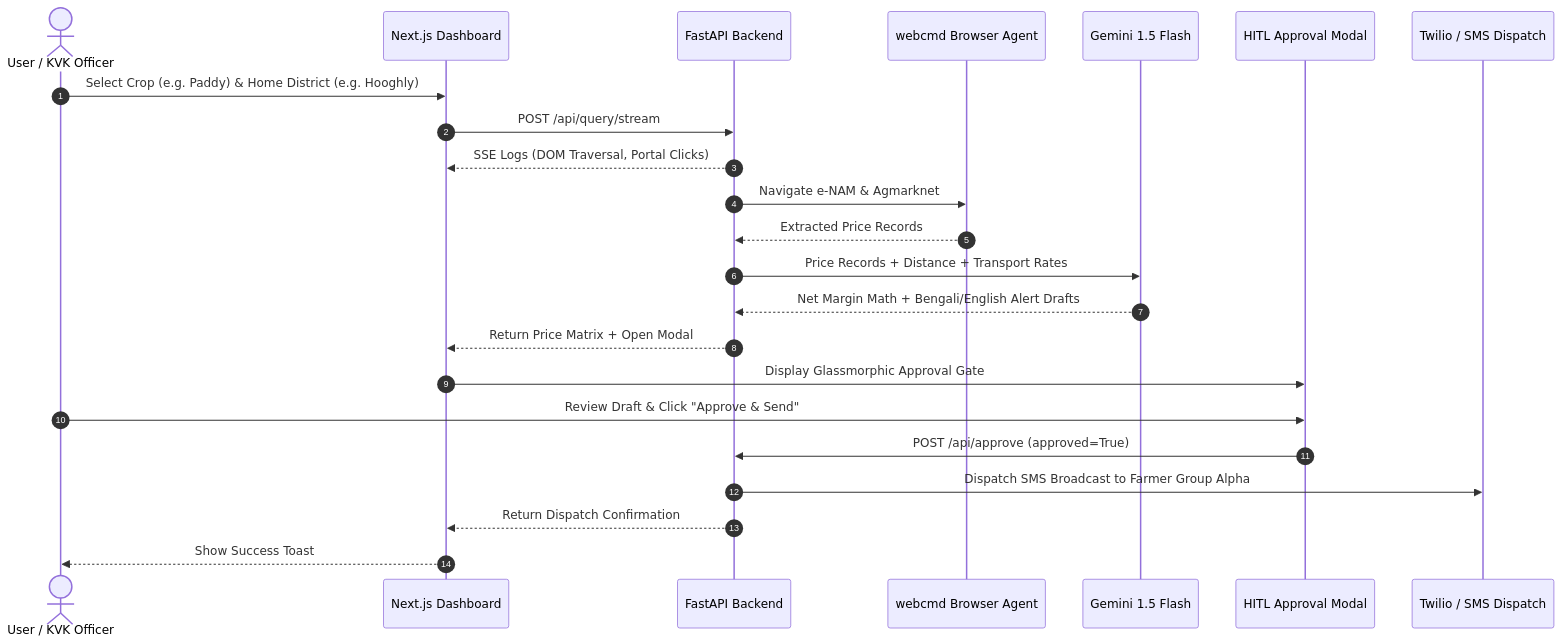
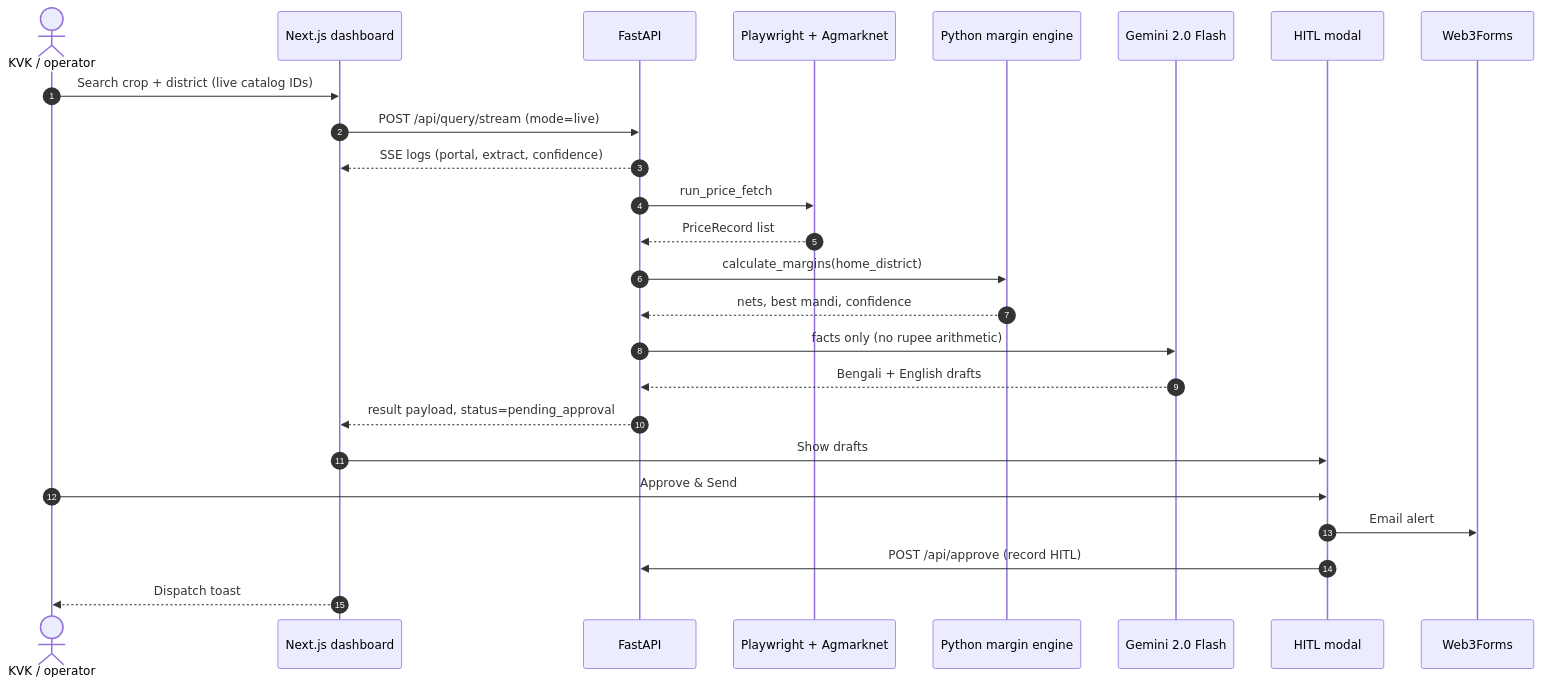
Before and after one commit to Sayim07/MundiPulse_AI: the second of 2 diagrams in README.md, drawn with Mermaid. The commit also changed other lines of this file and 10 other files, not shown here.

Commit message:
refactor: rename MandiPulse to KrishiDrishti across the codebase, updating UI elements, backend logs, and documentation to reflect the new branding. Enhance README with clearer problem statement and system capabilities.

````diff
--- a/README.md
+++ b/README.md
@@ -100,26 +119,28 @@
 ```mermaid
 sequenceDiagram
     autonumber
-    actor FarmerRep as User / KVK Officer
-    participant UI as Next.js Dashboard
-    participant API as FastAPI Backend
-    participant Agent as webcmd Browser Agent
-    participant LLM as Gemini 1.5 Flash
-    participant Gate as HITL Approval Modal
-    participant Twilio as Twilio / SMS Dispatch
+    actor Officer as KVK / operator
+    participant UI as Next.js dashboard
+    participant API as FastAPI
+    participant Runner as Playwright + Agmarknet
+    participant Py as Python margin engine
+    participant Gemini as Gemini 2.0 Flash
+    participant Gate as HITL modal
+    participant Mail as Web3Forms
 
-    FarmerRep->>UI: Select Crop (e.g. Paddy) & Home District (e.g. Hooghly)
-    UI->>API: POST /api/query/stream
-    API-->>UI: SSE Logs (DOM Traversal, Portal Clicks)
-    API->>Agent: Navigate e-NAM & Agmarknet
-    Agent-->>API: Extracted Price Records
-    API->>LLM: Price Records + Distance + Transport Rates
-    LLM-->>API: Net Margin Math + Bengali/English Alert Drafts
-    API-->>UI: Return Price Matrix + Open Modal
-    UI->>Gate: Display Glassmorphic Approval Gate
-    FarmerRep->>Gate: Review Draft & Click "Approve & Send"
-    Gate->>API: POST /api/approve (approved=True)
-    API->>Twilio: Dispatch SMS Broadcast to Farmer Group Alpha
-    API-->>UI: Return Dispatch Confirmation
-    UI-->>FarmerRep: Show Success Toast
+    Officer->>UI: Search crop + district (live catalog IDs)
+    UI->>API: POST /api/query/stream (mode=live)
+    API-->>UI: SSE logs (portal, extract, confidence)
+    API->>Runner: run_price_fetch
+    Runner-->>API: PriceRecord list
+    API->>Py: calculate_margins(home_district)
+    Py-->>API: nets, best mandi, confidence
+    API->>Gemini: facts only (no rupee arithmetic)
+    Gemini-->>API: Bengali + English drafts
+    API-->>UI: result payload, status=pending_approval
+    UI->>Gate: Show drafts
+    Officer->>Gate: Approve & Send
+    Gate->>Mail: Email alert
+    Gate->>API: POST /api/approve (record HITL)
+    UI-->>Officer: Dispatch toast
 ```
````
